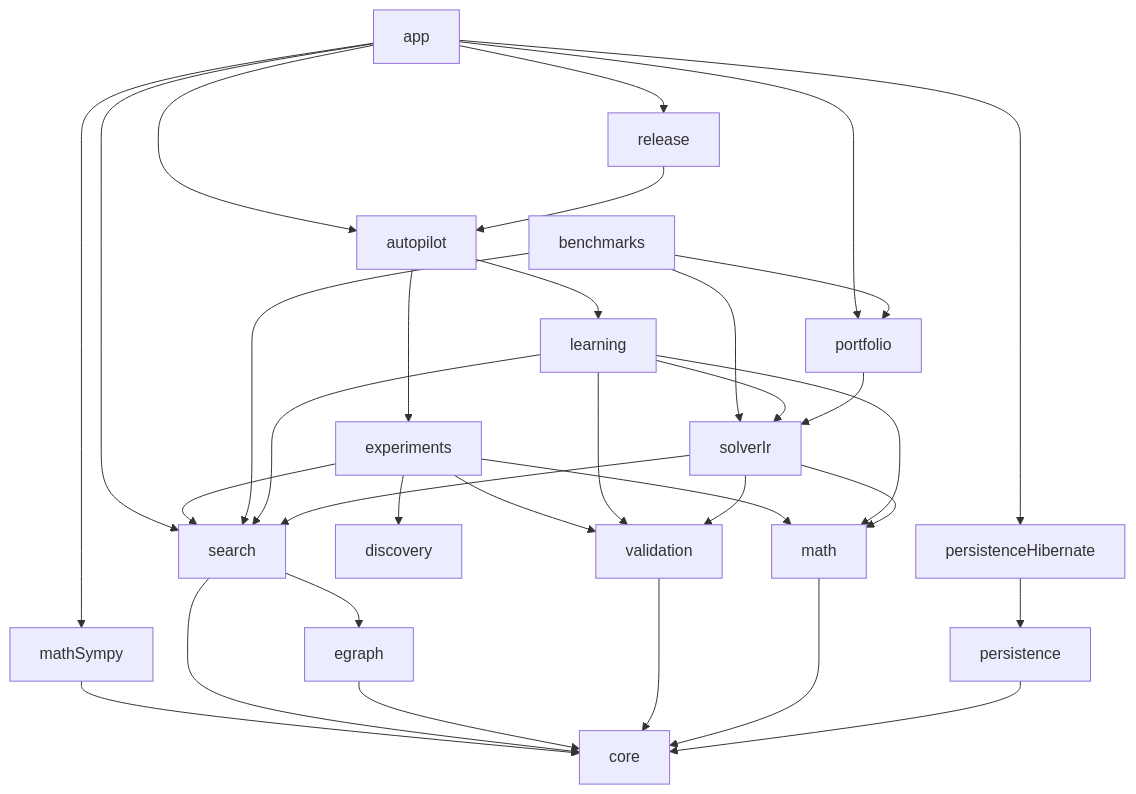
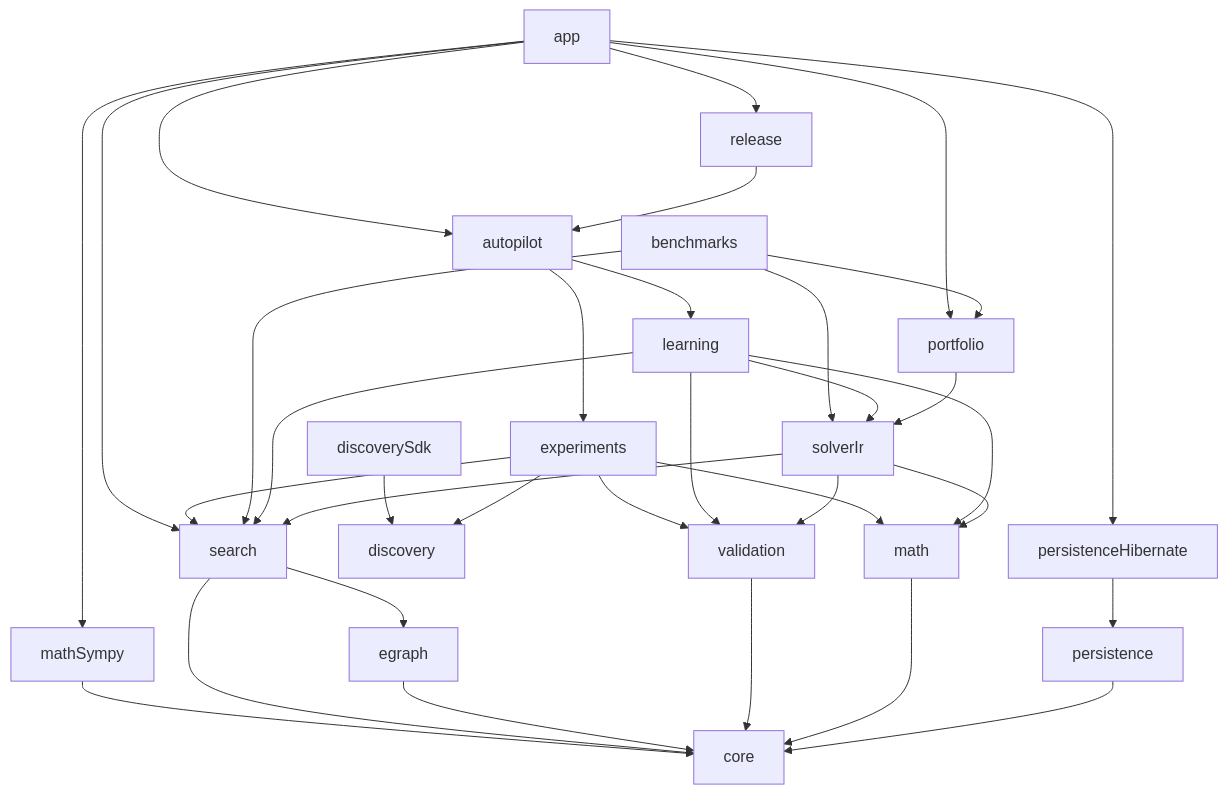
The diagram in docs/dependency-rules.md (carstenartur/Regelsuche), drawn with Mermaid before and after one commit. The commit also changed other lines of this file, not shown here.

Commit message:
Document the outward-only discovery SDK dependency

````diff
--- a/docs/dependency-rules.md
+++ b/docs/dependency-rules.md
@@ -12,42 +12,44 @@
 ```mermaid
 flowchart TD
     app --> release
     app --> autopilot
     app --> persistenceHibernate
     app --> portfolio
     app --> search
     app --> mathSympy
+
+    discoverySdk --> discovery
 
     release --> autopilot
     autopilot --> experiments
     autopilot --> learning
 
     experiments --> discovery
     experiments --> search
     experiments --> validation
     experiments --> math
 
     benchmarks --> portfolio
     benchmarks --> solverIr
     benchmarks --> search
 
     learning --> solverIr
     learning --> search
     learning --> validation
     learning --> math
 
     persistenceHibernate --> persistence
 
     portfolio --> solverIr
     solverIr --> search
     solverIr --> validation
     solverIr --> math
 
     mathSympy --> core
     search --> egraph
     search --> core
     egraph --> core
     validation --> core
     math --> core
     persistence --> core
 ```
````
